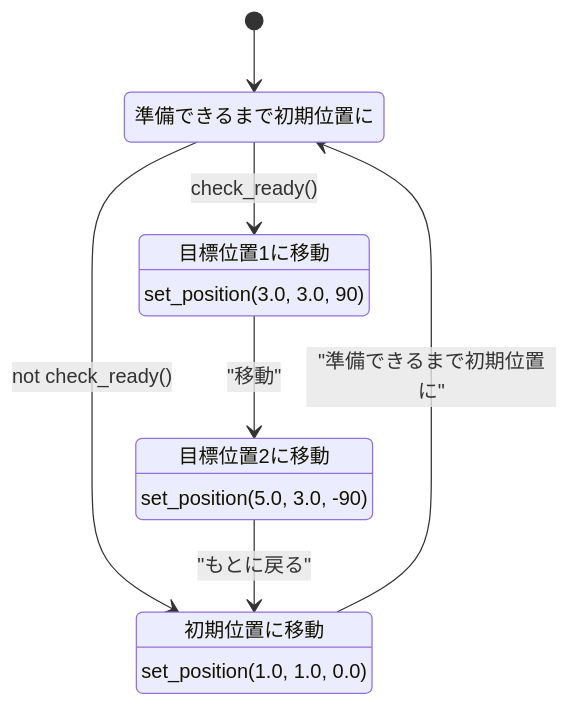
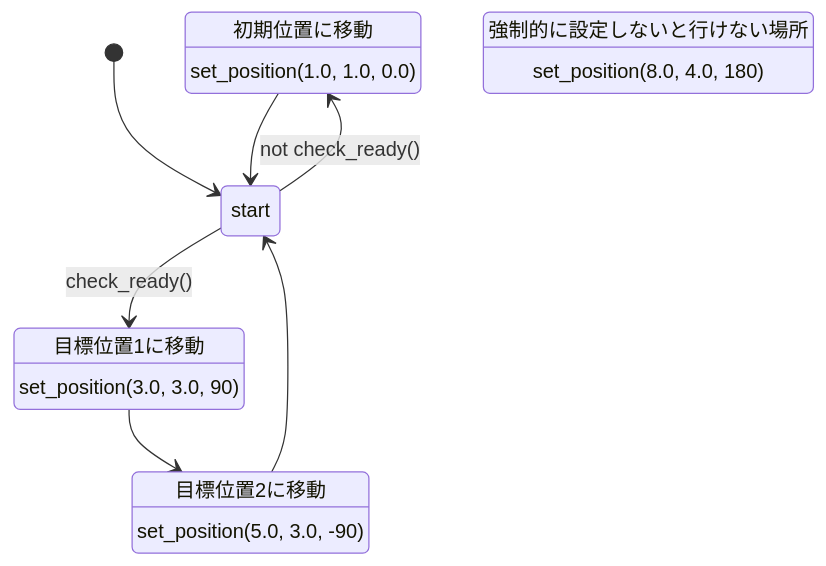
One commit to NITIC-Robot-Club/nhk2025b_ros2 changed the diagram in src/launch/nhk2025b_launch/state_graph/blue.md. Above: the diagram before and after it, drawn with Mermaid. The commit also changed 1 other file, not shown here.

Commit message:
fix topic name , dont publish state when not taged

````diff
--- a/src/launch/nhk2025b_launch/state_graph/blue.md
+++ b/src/launch/nhk2025b_launch/state_graph/blue.md
@@ -1,19 +1,24 @@
 ```mermaid
 stateDiagram-v2
-    if_0 : 準備できるまで初期位置に
 
     position_0 : 初期位置に移動
     position_0 : set_position(1.0, 1.0, 0.0)
+
     position_1 : 目標位置1に移動
     position_1 : set_position(3.0, 3.0, 90)
+
     position_2 : 目標位置2に移動
     position_2 : set_position(5.0, 3.0, -90)
 
-    [*] --> if_0
-    if_0 --> position_0 : not check_ready()
-    position_0 --> if_0 : "準備できるまで初期位置に"
 
-    if_0 --> position_1 : check_ready()
-    position_1 --> position_2 : "移動"
-    position_2 --> position_0 : "もとに戻る"
+    [*] --> start
+    start --> position_0 : not check_ready()
+    position_0 --> start
+
+    start --> position_1 : check_ready()
+    position_1 --> position_2
+    position_2 --> start
+    
+    position_3 : 強制的に設定しないと行けない場所
+    position_3 : set_position(8.0, 4.0, 180)
 ```
````
